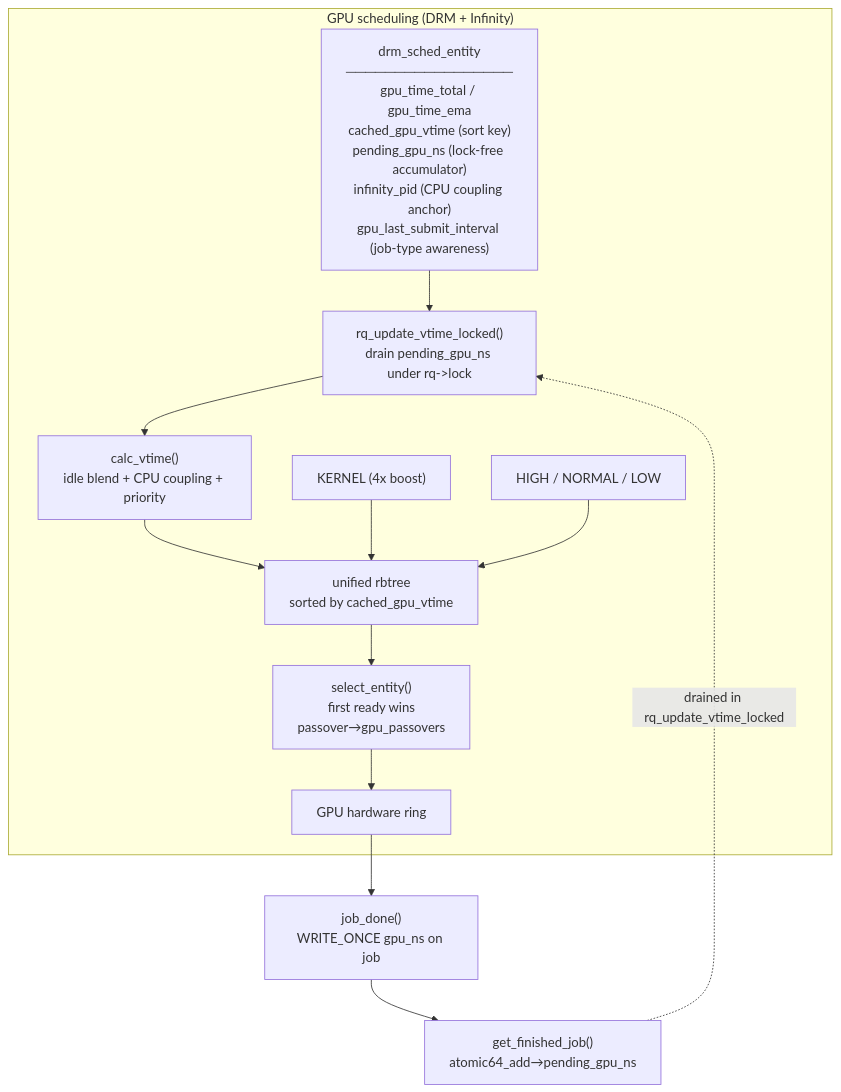
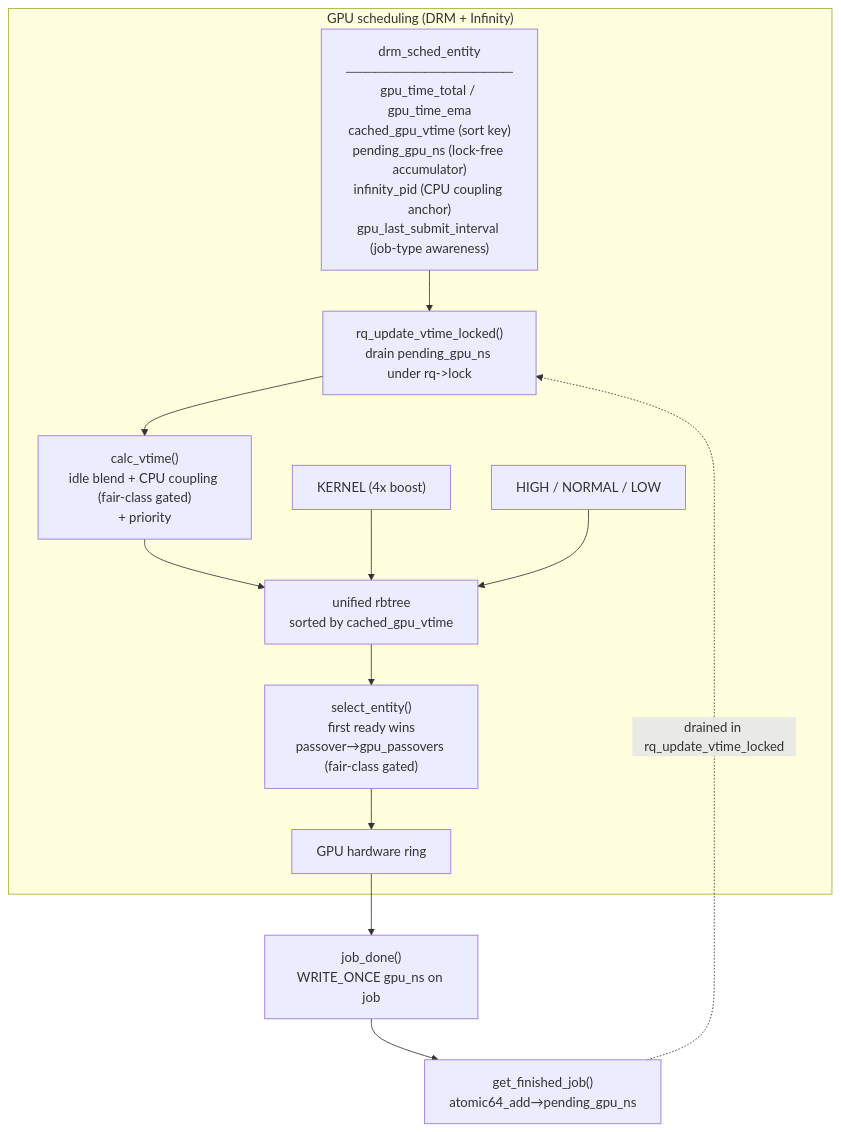
The second of 3 diagrams in README.md (galpt/infinity-scheduler), drawn with Mermaid before and after one commit. The commit also changed other lines of this file, not shown here.

First line of the commit message:
README: tighten the diagram notes for v4.8

````diff
--- a/README.md
+++ b/README.md
@@ -137,43 +137,44 @@
 ```mermaid
 flowchart TB
     classDef ent fill:#0000,stroke:#818cf8,stroke-width:2
     classDef algo fill:#0000,stroke:#14b8a6,stroke-width:2
     classDef dec fill:#0000,stroke:#d97706,stroke-width:2
 
     subgraph GPU["GPU scheduling (DRM + Infinity)"]
         ENTITY["drm_sched_entity
 ─────────────────
 gpu_time_total / gpu_time_ema
 cached_gpu_vtime (sort key)
 pending_gpu_ns (lock-free accumulator)
 infinity_pid (CPU coupling anchor)
 gpu_last_submit_interval (job-type awareness)"]
 
         ENTITY --> DRAIN["rq_update_vtime_locked()
 drain pending_gpu_ns under rq->lock"]
         DRAIN --> VTIME["calc_vtime()
-idle blend + CPU coupling + priority"]
+idle blend + CPU coupling (fair-class gated)
++ priority"]
 
         VTIME --> QUEUE["unified rbtree
 sorted by cached_gpu_vtime"]
 
         KERNEL["KERNEL (4x boost)"]
         USER["HIGH / NORMAL / LOW"]
 
         KERNEL --> QUEUE
         USER --> QUEUE
         QUEUE --> SELECT["select_entity()
 first ready wins
-passover→gpu_passovers"]
+passover→gpu_passovers (fair-class gated)"]
 
         SELECT --> HW["GPU hardware ring"]
     end
 
     HW --> DONE["job_done()
 WRITE_ONCE gpu_ns on job"]
 
     DONE --> FINI["get_finished_job()
 atomic64_add→pending_gpu_ns"]
 
     FINI -. "drained in rq_update_vtime_locked" .-> DRAIN
 ```
````
